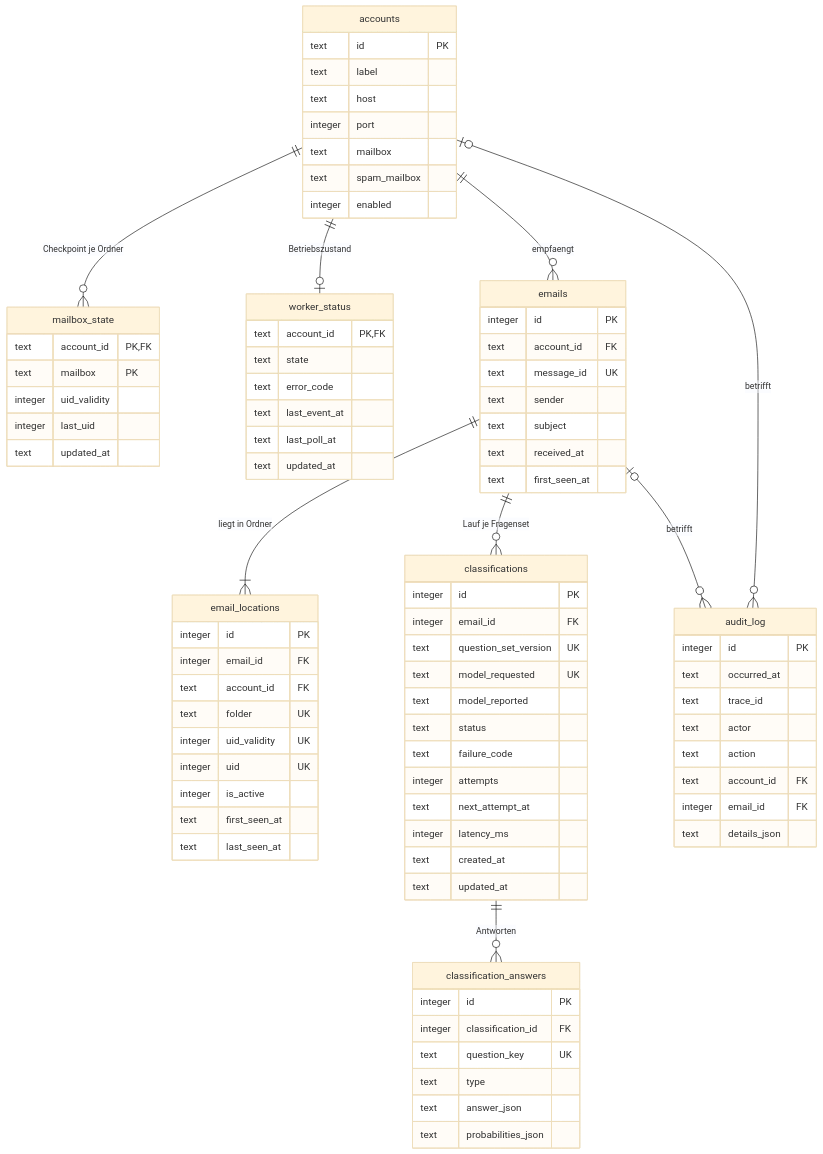
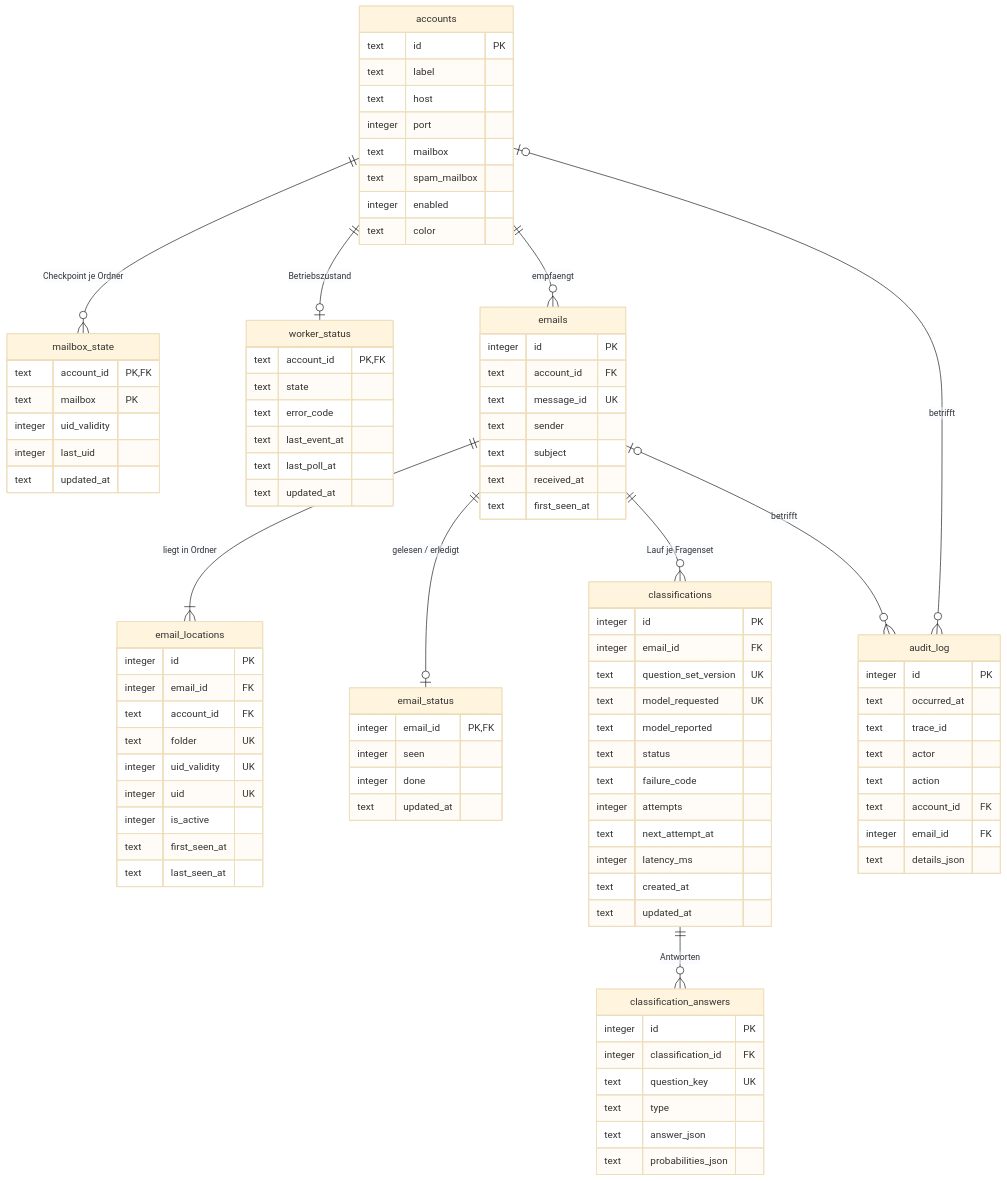
One commit to nico-hoff/email-agent changed the diagram in docs/erd.md. Above: the diagram before and after it, drawn with Mermaid (base theme). The commit also changed other lines of this file and 3 other files, not shown here.

First line of the commit message:
phase 12: schema for read/done status and account tags

```diff
--- a/docs/erd.md
+++ b/docs/erd.md
@@ -10,6 +10,7 @@
   accounts ||--o| worker_status : "Betriebszustand"
   accounts ||--o{ emails : empfaengt
   emails ||--|{ email_locations : "liegt in Ordner"
+  emails ||--o| email_status : "gelesen / erledigt"
   emails ||--o{ classifications : "Lauf je Fragenset"
   classifications ||--o{ classification_answers : Antworten
   accounts |o--o{ audit_log : betrifft
@@ -23,6 +24,7 @@
     text mailbox
     text spam_mailbox
     integer enabled
+    text color
   }
   mailbox_state {
     text account_id PK, FK
@@ -47,6 +49,12 @@
     text subject
     text received_at
     text first_seen_at
+  }
+  email_status {
+    integer email_id PK, FK
+    integer seen
+    integer done
+    text updated_at
   }
   email_locations {
     integer id PK
```
